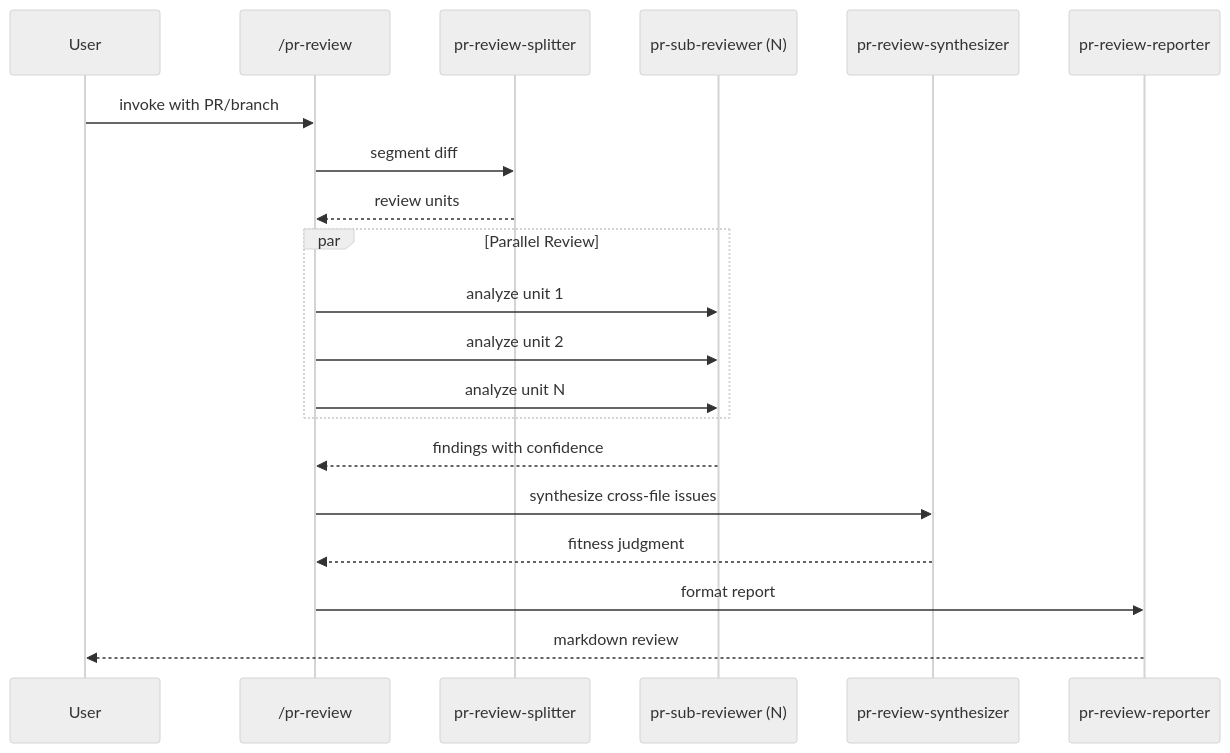
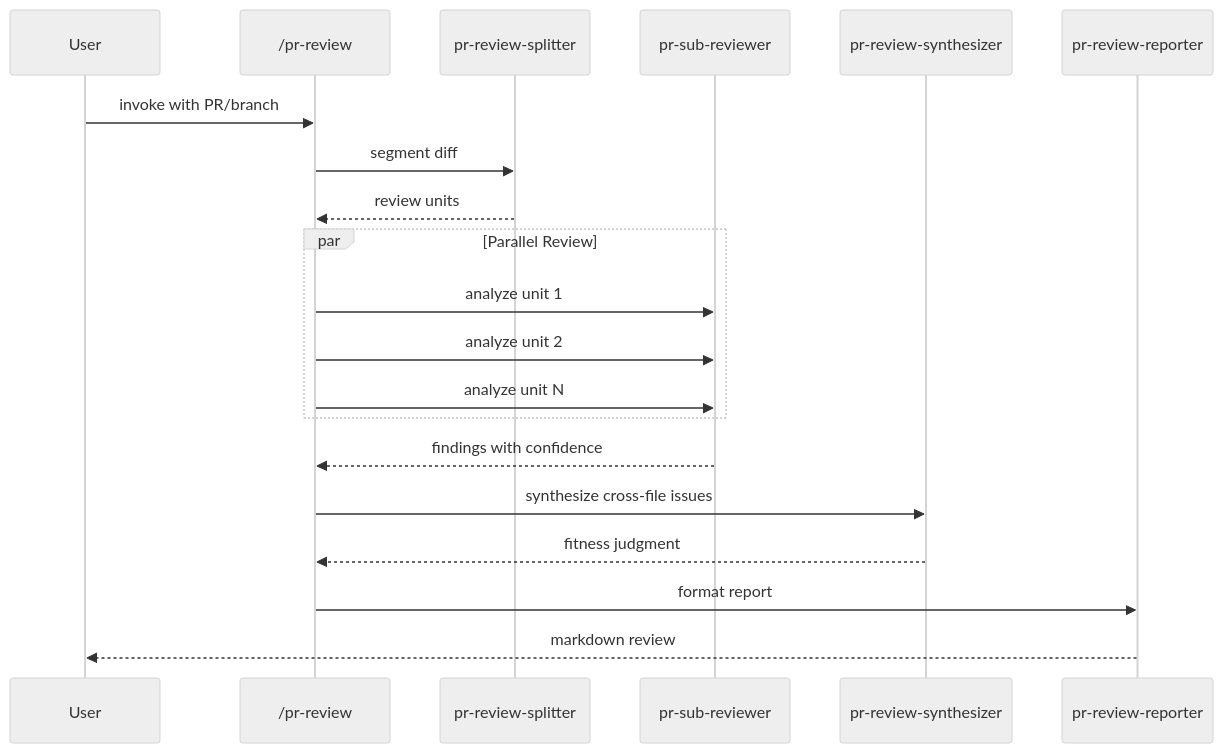
One commit to rp1-run/rp1 changed the fourth of 4 diagrams in .rp1/context/architecture.md. Above: the diagram before and after it, drawn with Mermaid (neutral theme). The commit also changed other lines of this file and 5 other files, not shown here.

````diff
--- a/.rp1/context/architecture.md
+++ b/.rp1/context/architecture.md
@@ -177,25 +173,25 @@
 ```mermaid
 sequenceDiagram
     participant User
     participant PR as /pr-review
     participant Splitter as pr-review-splitter
-    participant SubReviewer as pr-sub-reviewer (N)
+    participant SubReviewer as pr-sub-reviewer
     participant Synth as pr-review-synthesizer
     participant Reporter as pr-review-reporter
 
     User->>PR: invoke with PR/branch
     PR->>Splitter: segment diff
     Splitter-->>PR: review units
 
     par Parallel Review
         PR->>SubReviewer: analyze unit 1
         PR->>SubReviewer: analyze unit 2
         PR->>SubReviewer: analyze unit N
     end
 
     SubReviewer-->>PR: findings with confidence
     PR->>Synth: synthesize cross-file issues
     Synth-->>PR: fitness judgment
     PR->>Reporter: format report
     Reporter-->>User: markdown review
 ```
````
